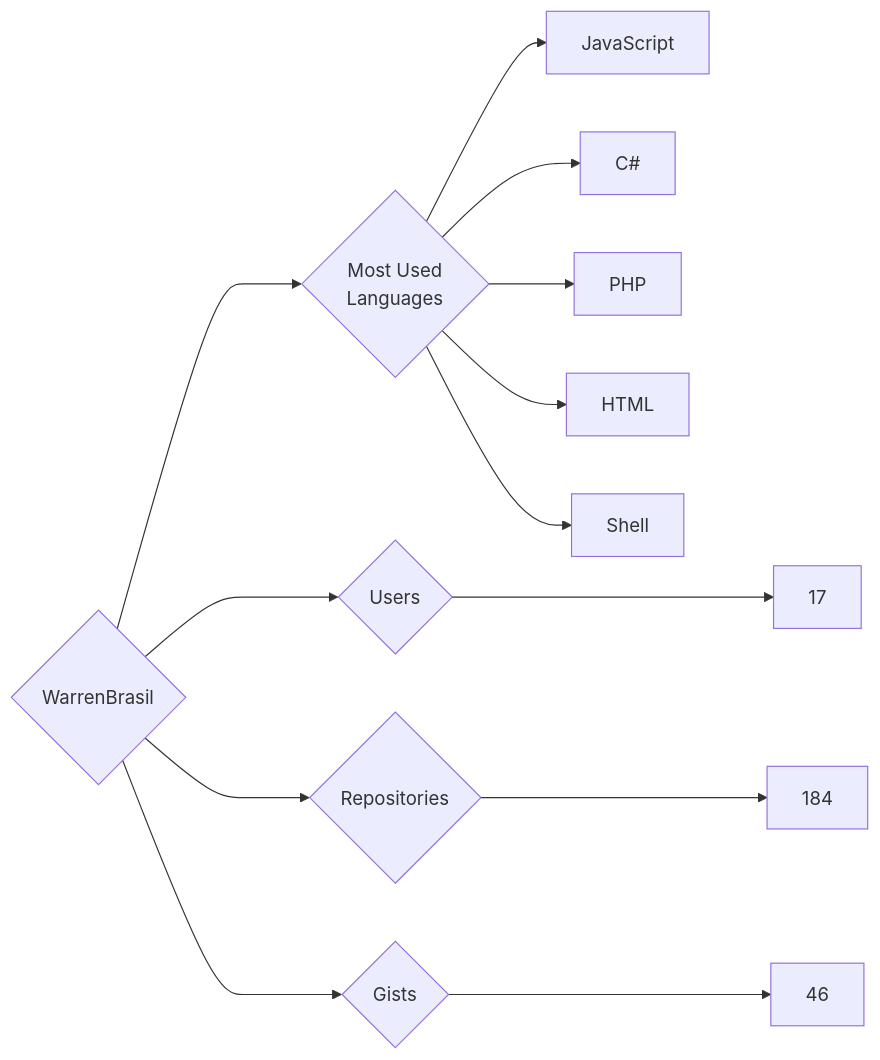
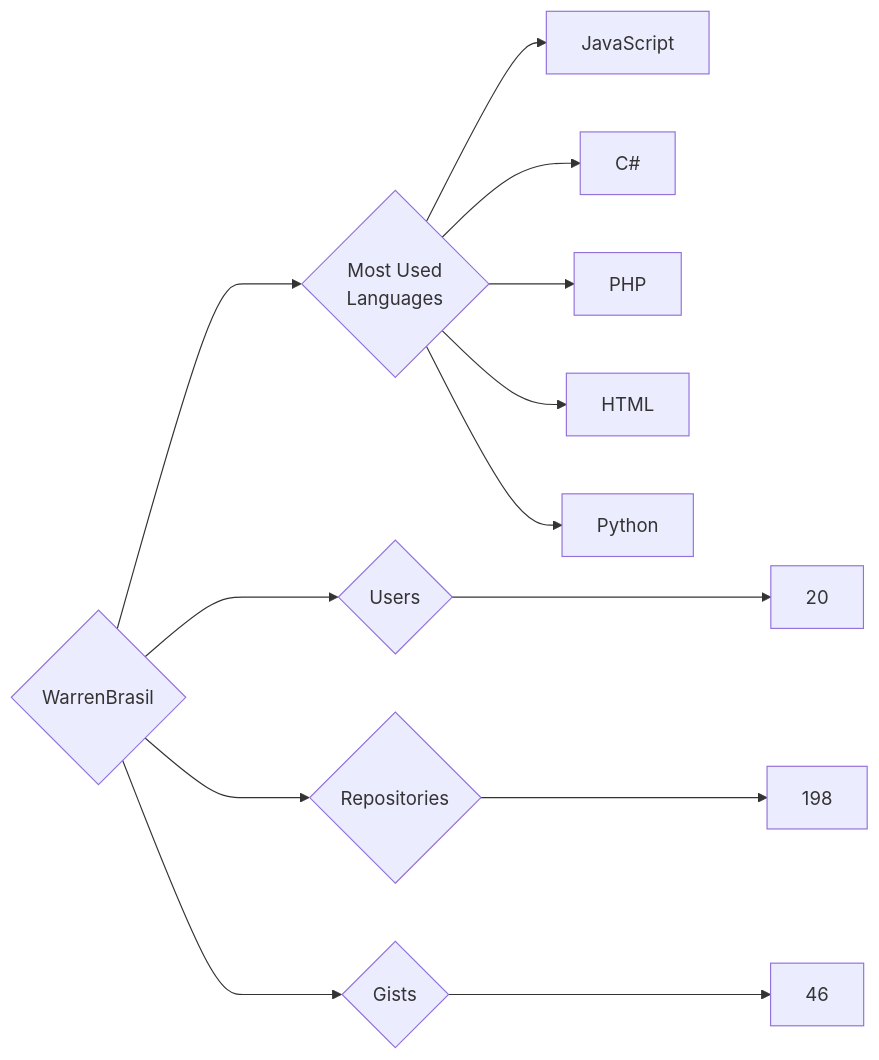
Before and after one commit to trickest/insiders: the diagram in targets/WarrenBrasil/README.md, drawn with Mermaid. The commit also changed 1484 other files, not shown here.

````diff
--- a/targets/WarrenBrasil/README.md
+++ b/targets/WarrenBrasil/README.md
@@ -3,13 +3,13 @@
 ```mermaid
 graph LR
 COMPANY_NAME{WarrenBrasil}
-COMPANY_NAME ---> U{Users} ---> UN[17]
-COMPANY_NAME ---> R{Repositories} ---> RN[184]
+COMPANY_NAME ---> U{Users} ---> UN[20]
+COMPANY_NAME ---> R{Repositories} ---> RN[198]
 COMPANY_NAME ---> G{Gists} ---> GN[46]
 COMPANY_NAME ---> ML{Most Used<br>Languages}
 ML --> JavaScript[JavaScript]
 ML --> C#[C#]
 ML --> PHP[PHP]
 ML --> HTML[HTML]
-ML --> Shell[Shell]
+ML --> Python[Python]
 ```
````
